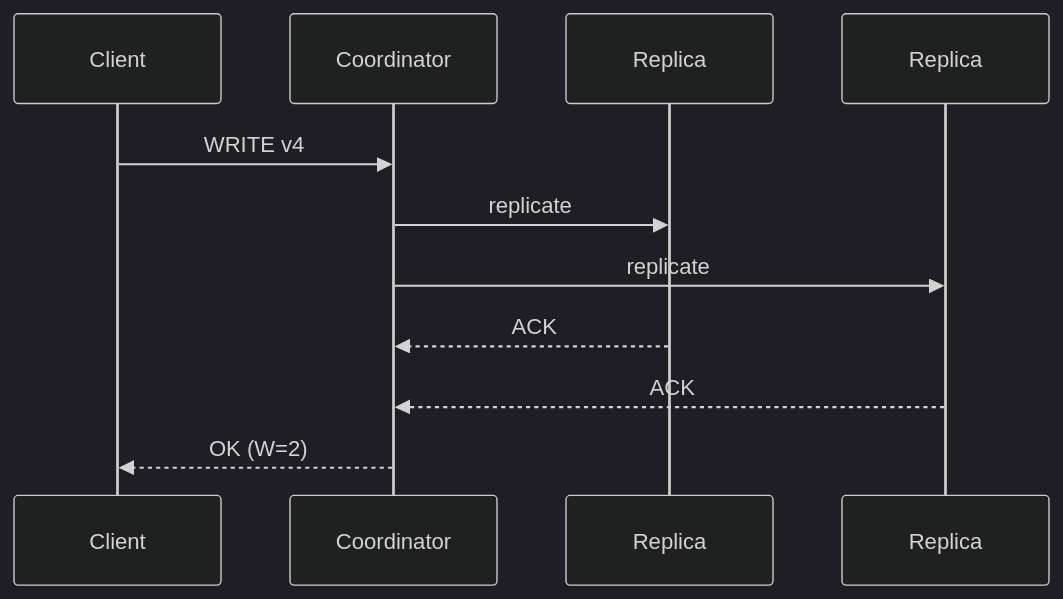
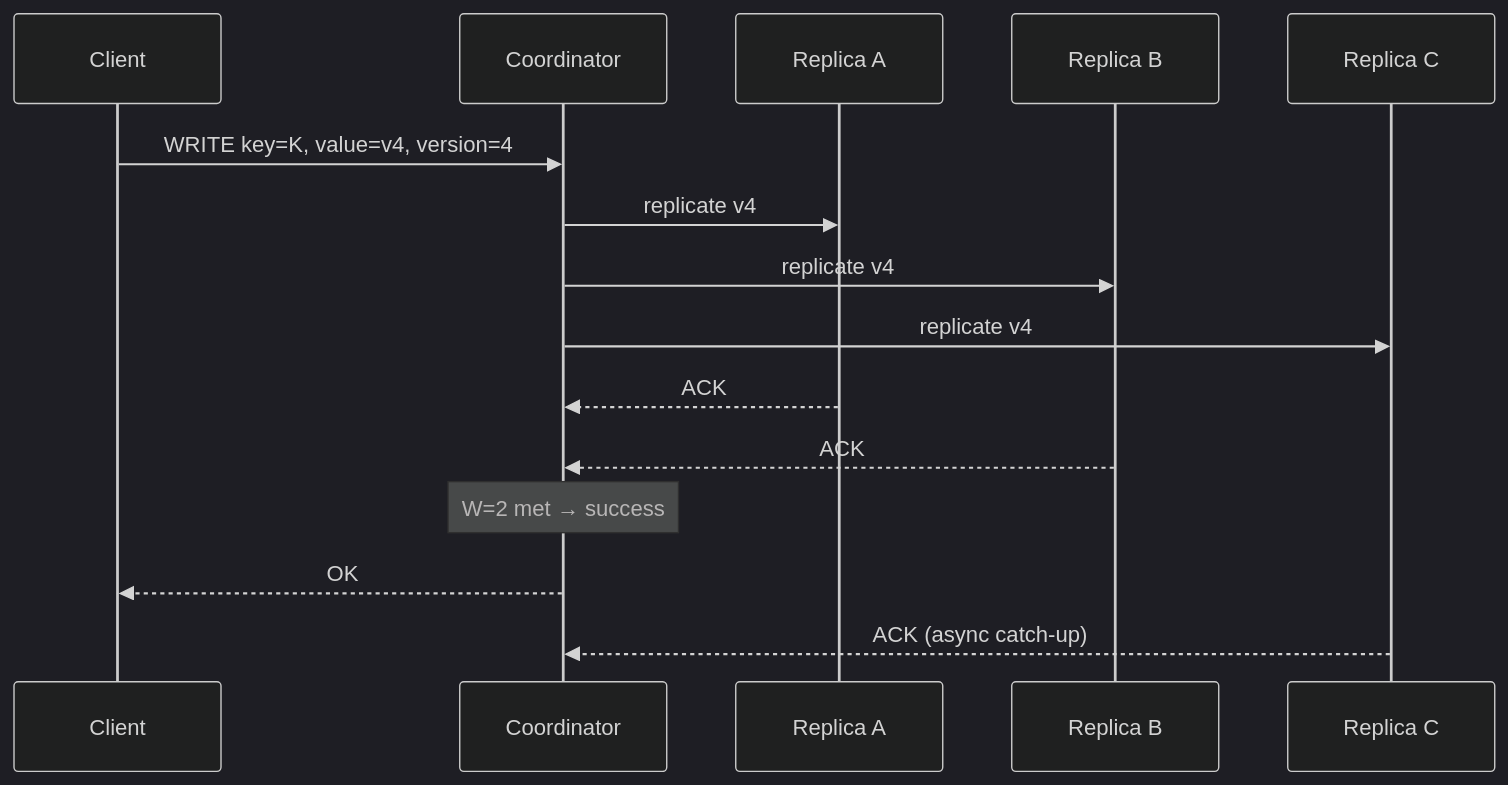
One commit to hareramcse/SystemDesign changed diagram 20 of 36 in 05-distributed-databases/README.md. Above: the diagram before and after it, drawn with Mermaid (dark theme). The commit also changed other lines of this file and 14 other files, not shown here.

````diff
--- a/05-distributed-databases/README.md
+++ b/05-distributed-databases/README.md
@@ -893,13 +1277,17 @@
 ```mermaid
 sequenceDiagram
     participant C as Client
     participant Co as Coordinator
-    participant R1 as Replica
-    participant R2 as Replica
-    C->>Co: WRITE v4
-    Co->>R1: replicate
-    Co->>R2: replicate
-    R1-->>Co: ACK
-    R2-->>Co: ACK
-    Co-->>C: OK (W=2)
+    participant A as Replica A
+    participant B as Replica B
+    participant D as Replica C
+    C->>Co: WRITE key=K, value=v4, version=4
+    Co->>A: replicate v4
+    Co->>B: replicate v4
+    Co->>D: replicate v4
+    A-->>Co: ACK
+    B-->>Co: ACK
+    Note over Co: W=2 met → success
+    Co-->>C: OK
+    D-->>Co: ACK (async catch-up)
 ```
````
